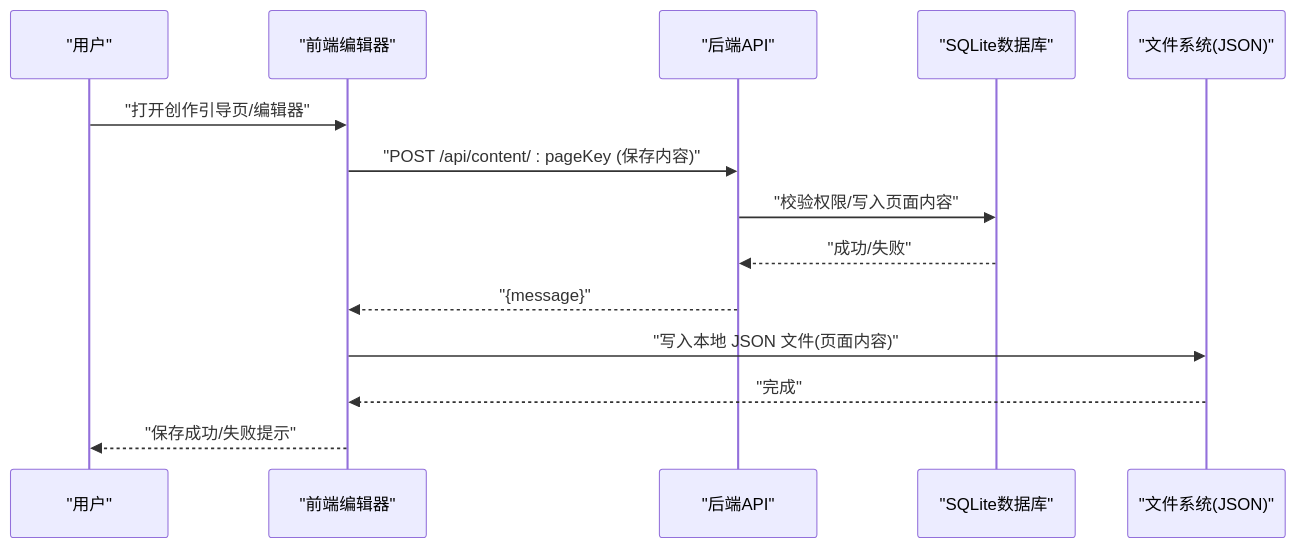
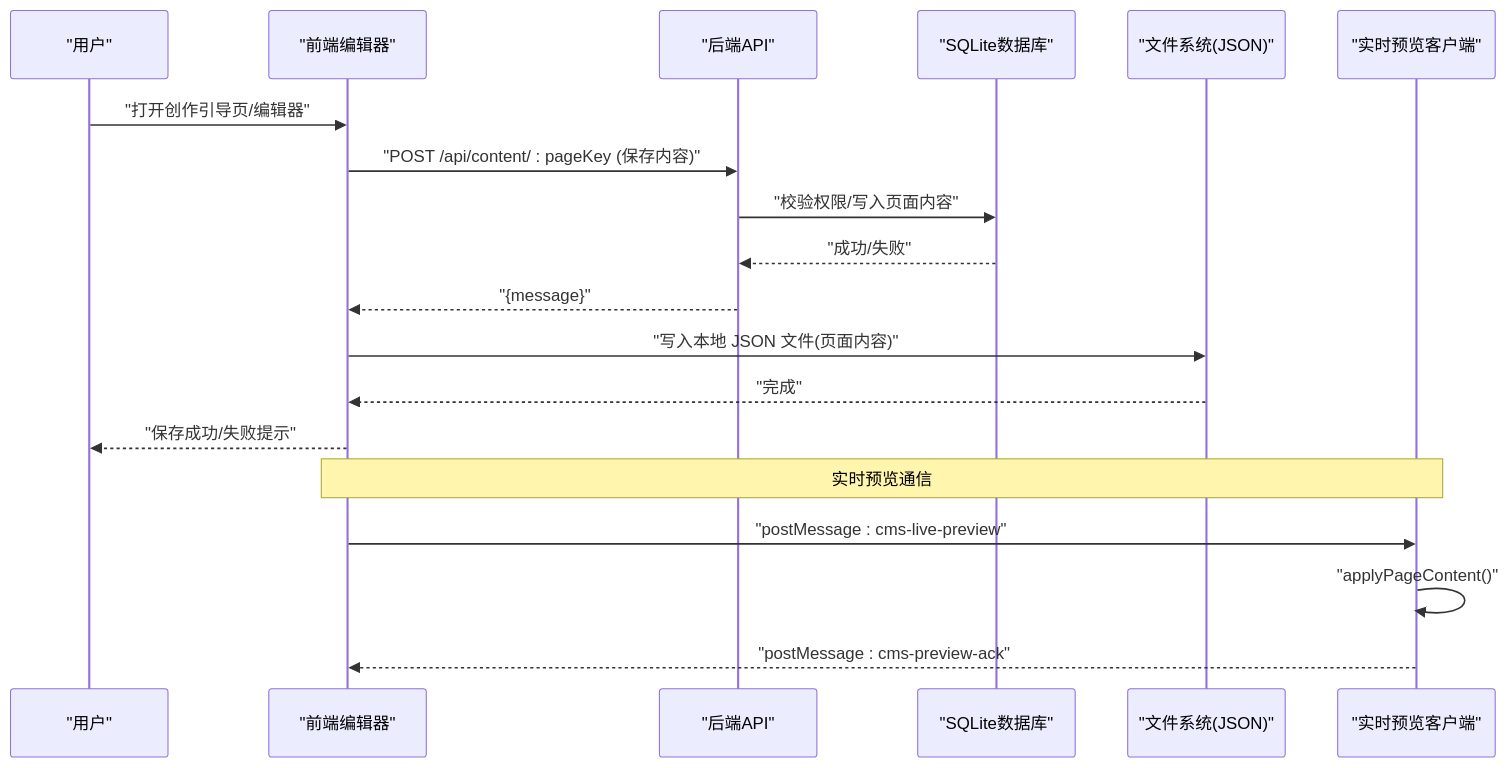
Before and after one commit to hx631580609-web/zsts-cms: the second of 8 diagrams in .qoder/repowiki/zh/content/管理后台系统/内容编辑器.md, drawn with Mermaid. The commit also changed other lines of this file and 5 other files, not shown here.

````diff
--- a/.qoder/repowiki/zh/content/管理后台系统/内容编辑器.md
+++ b/.qoder/repowiki/zh/content/管理后台系统/内容编辑器.md
@@ -109,16 +119,21 @@
 ```mermaid
 sequenceDiagram
 participant U as "用户"
 participant FE as "前端编辑器"
 participant API as "后端API"
 participant DB as "SQLite数据库"
 participant FS as "文件系统(JSON)"
+participant PV as "实时预览客户端"
 U->>FE : "打开创作引导页/编辑器"
 FE->>API : "POST /api/content/ : pageKey (保存内容)"
 API->>DB : "校验权限/写入页面内容"
 DB-->>API : "成功/失败"
 API-->>FE : "{message}"
 FE->>FS : "写入本地 JSON 文件(页面内容)"
 FS-->>FE : "完成"
 FE-->>U : "保存成功/失败提示"
+Note over FE,PV : 实时预览通信
+FE->>PV : "postMessage : cms-live-preview"
+PV->>PV : "applyPageContent()"
+PV-->>FE : "postMessage : cms-preview-ack"
 ```
````
